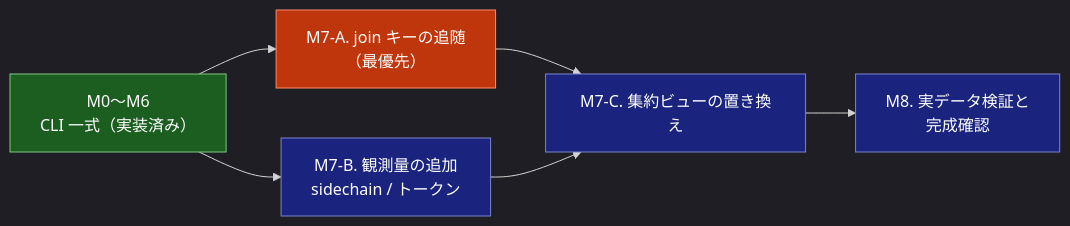
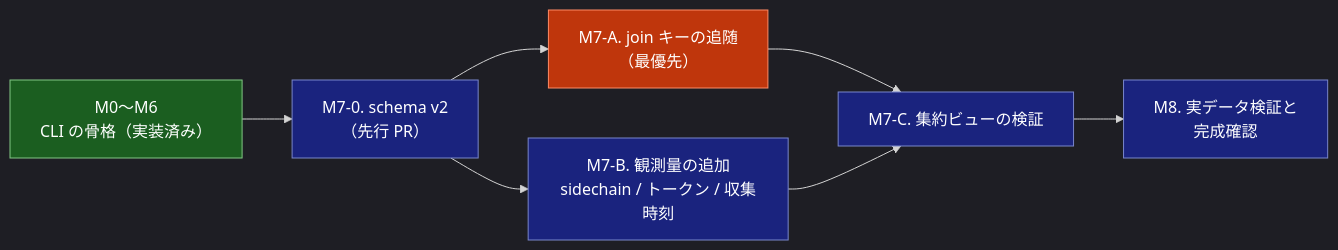
One commit to ToshikiImagawa/agent-effort-db changed the diagram in ROADMAP.md. Above: the diagram before and after it, drawn with Mermaid. The commit also changed other lines of this file and 20 other files, not shown here.

````diff
--- a/ROADMAP.md
+++ b/ROADMAP.md
@@ -65,22 +87,24 @@
 ```mermaid
 %%{init: {'theme': 'dark'}}%%
 flowchart LR
-    Done["M0〜M6<br/>CLI 一式（実装済み）"]
+    Done["M0〜M6<br/>CLI の骨格（実装済み）"]
+    M7S["M7-0. schema v2<br/>（先行 PR）"]
     M7A["M7-A. join キーの追随<br/>（最優先）"]
-    M7B["M7-B. 観測量の追加<br/>sidechain / トークン"]
-    M7C["M7-C. 集約ビューの置き換え"]
+    M7B["M7-B. 観測量の追加<br/>sidechain / トークン / 収集時刻"]
+    M7C["M7-C. 集約ビューの検証"]
     M8["M8. 実データ検証と<br/>完成確認"]
 
-    Done --> M7A
-    Done --> M7B
+    Done --> M7S
+    M7S --> M7A
+    M7S --> M7B
     M7A --> M7C
     M7B --> M7C
     M7C --> M8
 
     classDef done fill:#1b5e20,stroke:#81c784,color:#fff
     classDef critical fill:#bf360c,stroke:#ff8a65,color:#fff
     classDef normal fill:#1a237e,stroke:#7986cb,color:#fff
     class Done done
     class M7A critical
-    class M7B,M7C,M8 normal
+    class M7S,M7B,M7C,M8 normal
 ```
````
